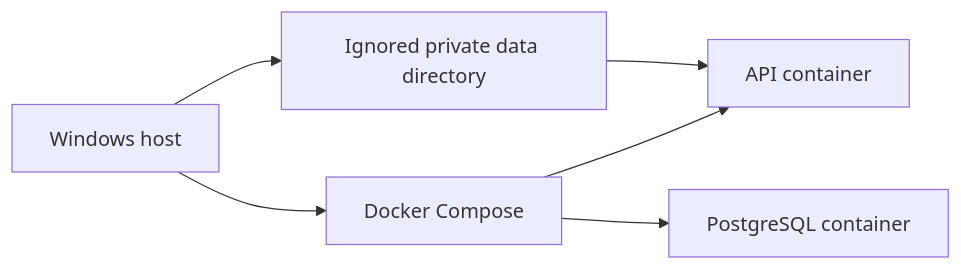
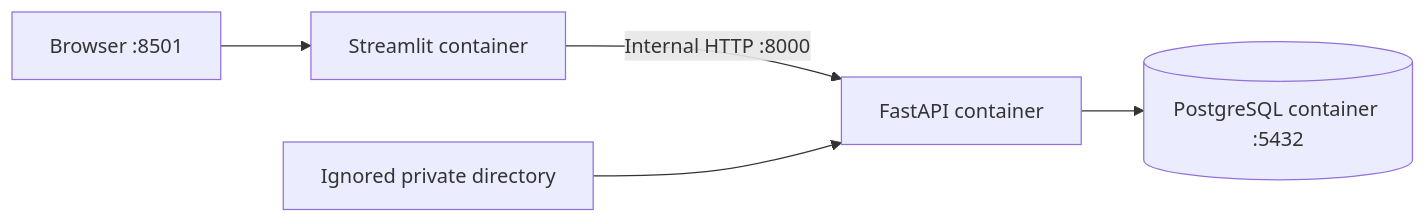
Before and after one commit to saadBr/runcoach-ai: the eighth of 9 diagrams in docs/architecture.md, drawn with Mermaid. The commit also changed other lines of this file, not shown here.

Commit message:
docs: align architecture with implemented platform

````diff
--- a/docs/architecture.md
+++ b/docs/architecture.md
@@ -337,8 +472,7 @@
 ```mermaid
 flowchart LR
-    Host["Windows host"] --> Compose["Docker Compose"]
-    Compose --> API["API container"]
-    Compose --> DB["PostgreSQL container"]
-    Host --> Private["Ignored private data directory"]
-    Private --> API
+    Browser["Browser :8501"] --> UI["Streamlit container"]
+    UI -->|"Internal HTTP :8000"| API["FastAPI container"]
+    API --> DB[("PostgreSQL container :5432")]
+    Private["Ignored private directory"] --> API
 ```
````
